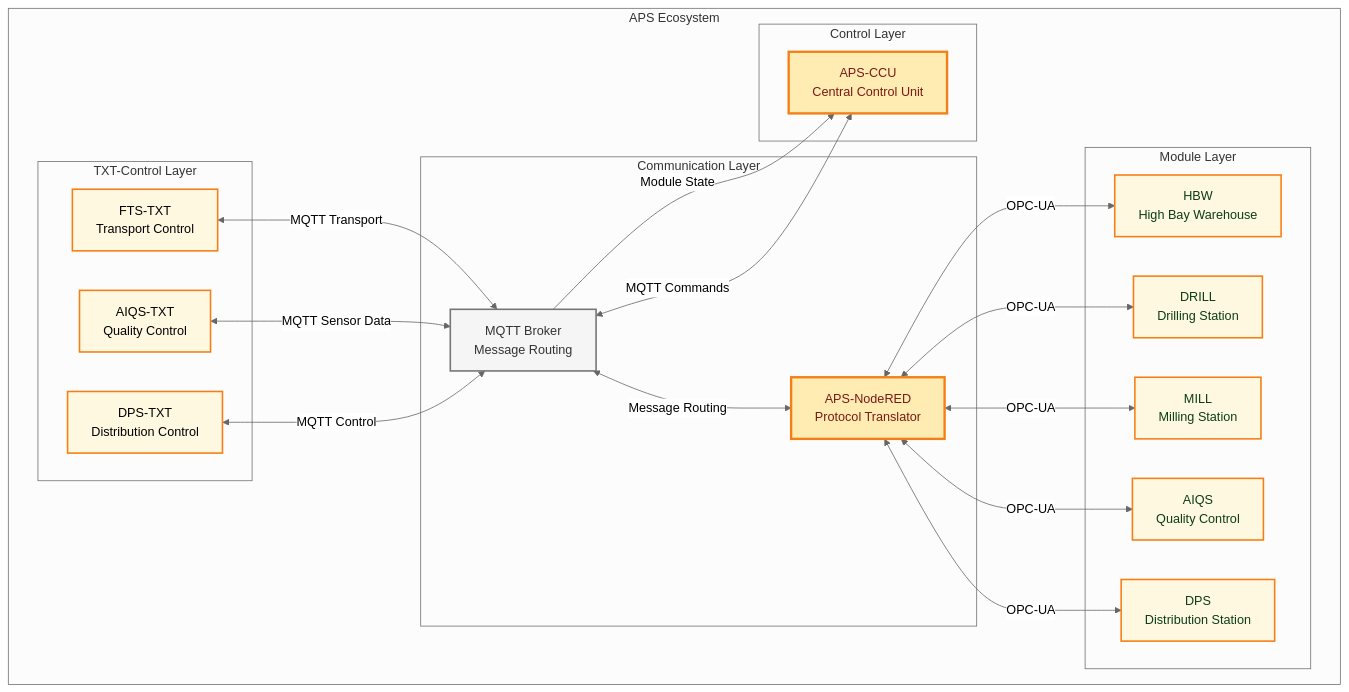
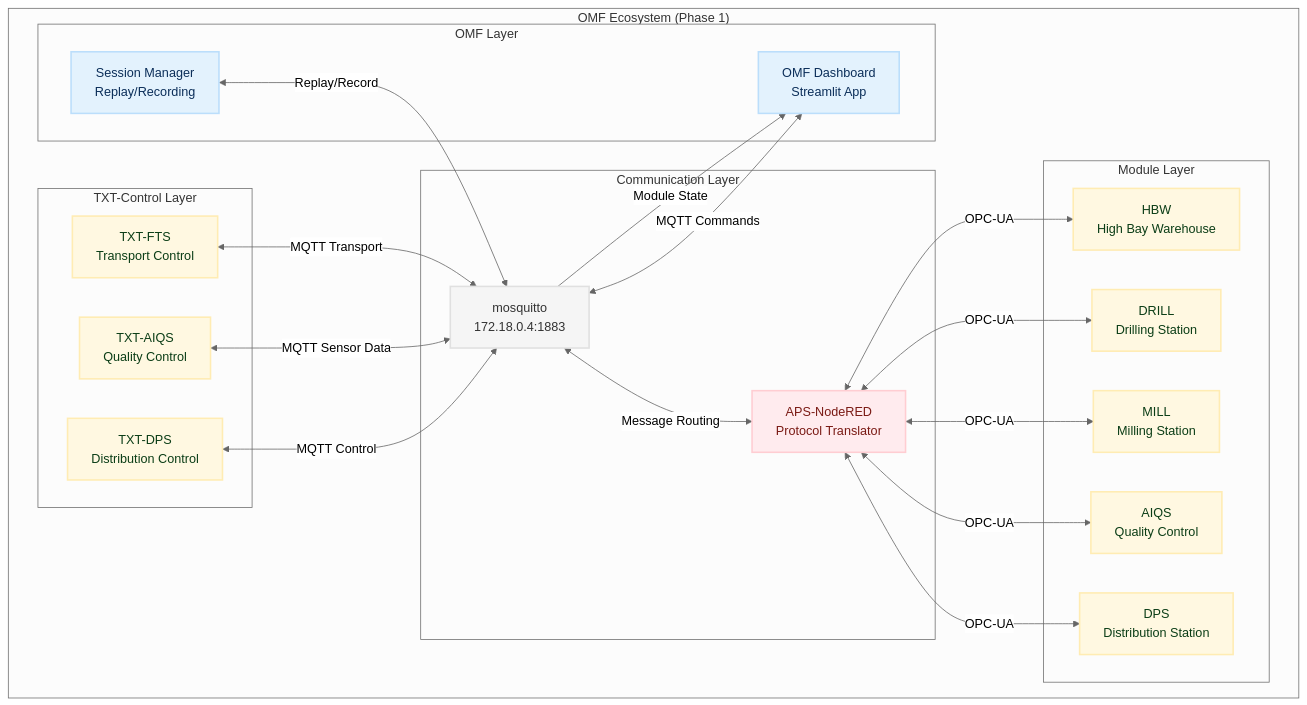
One commit to OliverBerger-ORBIS/ORBIS-Modellfabrik changed the diagram in docs/02-architecture/system-context.md. Above: the diagram before and after it, drawn with Mermaid. The commit also changed other lines of this file and 12 other files, not shown here.

````diff
--- a/docs/02-architecture/system-context.md
+++ b/docs/02-architecture/system-context.md
@@ -12,55 +12,56 @@
 ```mermaid
 %%{init: {'theme':'neutral'}}%%
 graph TB
 classDef orbis fill:#e3f2fd,stroke:#bbdefb,stroke-width:2px,color:#0b2e59;
 classDef fthardware fill:#fff8e1,stroke:#ffecb3,stroke-width:2px,color:#0b3d16;
 classDef ftsoftware fill:#ffebee,stroke:#ffcdd2,stroke-width:2px,color:#7a1a14;
 classDef external fill:#f5f5f5,stroke:#e0e0e0,stroke-width:2px,color:#333;
 
-    subgraph "APS Ecosystem"
-        subgraph "Control Layer"
-            APS_CCU[APS-CCU<br/>Central Control Unit]:::ftsoftware
+    subgraph "OMF Ecosystem (Phase 1)"
+        subgraph "OMF Layer"
+            OMF_DASH[OMF Dashboard<br/>Streamlit App]:::orbis
+            SESSION[Session Manager<br/>Replay/Recording]:::orbis
         end
         
         subgraph "Communication Layer"
-            MQTT[MQTT Broker<br/>Message Routing]:::external
+            MQTT[mosquitto<br/>172.18.0.4:1883]:::external
             APS_NODERED[APS-NodeRED<br/>Protocol Translator]:::ftsoftware
         end
         
         subgraph "Module Layer"
             HBW[HBW<br/>High Bay Warehouse]:::fthardware
             DRILL[DRILL<br/>Drilling Station]:::fthardware
             MILL[MILL<br/>Milling Station]:::fthardware
             AIQS[AIQS<br/>Quality Control]:::fthardware
             DPS[DPS<br/>Distribution Station]:::fthardware
         end
         
         subgraph "TXT-Control Layer"
-            FTS_TXT[FTS-TXT<br/>Transport Control]
-            AIQS_TXT[AIQS-TXT<br/>Quality Control]
-            DPS_TXT[DPS-TXT<br/>Distribution Control]
+            FTS_TXT[TXT-FTS<br/>Transport Control]:::fthardware
+            AIQS_TXT[TXT-AIQS<br/>Quality Control]:::fthardware
+            DPS_TXT[TXT-DPS<br/>Distribution Control]:::fthardware
         end
     end
     
-    APS_CCU <-->|MQTT Commands| MQTT
+    OMF_DASH <-->|MQTT Commands| MQTT
+    SESSION <-->|Replay/Record| MQTT
     
     MQTT <-->|Message Routing| APS_NODERED
     APS_NODERED <-->|OPC-UA| HBW
     APS_NODERED <-->|OPC-UA| DRILL
     APS_NODERED <-->|OPC-UA| MILL
     APS_NODERED <-->|OPC-UA| AIQS
     APS_NODERED <-->|OPC-UA| DPS
     
     FTS_TXT <-->|MQTT Transport| MQTT
     AIQS_TXT <-->|MQTT Sensor Data| MQTT
     DPS_TXT <-->|MQTT Control| MQTT
     
-    MQTT -->|Module State| APS_CCU
+    MQTT -->|Module State| OMF_DASH
     
-    classDef aps fill:#fff8e1,stroke:#f57f17,stroke-width:2px
-    classDef aps_highlight fill:#ffecb3,stroke:#f57f17,stroke-width:3px
-    classDef external fill:#f5f5f5,stroke:#757575,stroke-width:2px
-    class APS_CCU,APS_NODERED aps_highlight
+    class OMF_DASH,SESSION orbis
     class MQTT external
-    class HBW,DRILL,MILL,AIQS,DPS,FTS_TXT,AIQS_TXT,DPS_TXT aps
+    class APS_NODERED ftsoftware
+    class HBW,DRILL,MILL,AIQS,DPS fthardware
+    class FTS_TXT,AIQS_TXT,DPS_TXT fthardware
 ```
````
